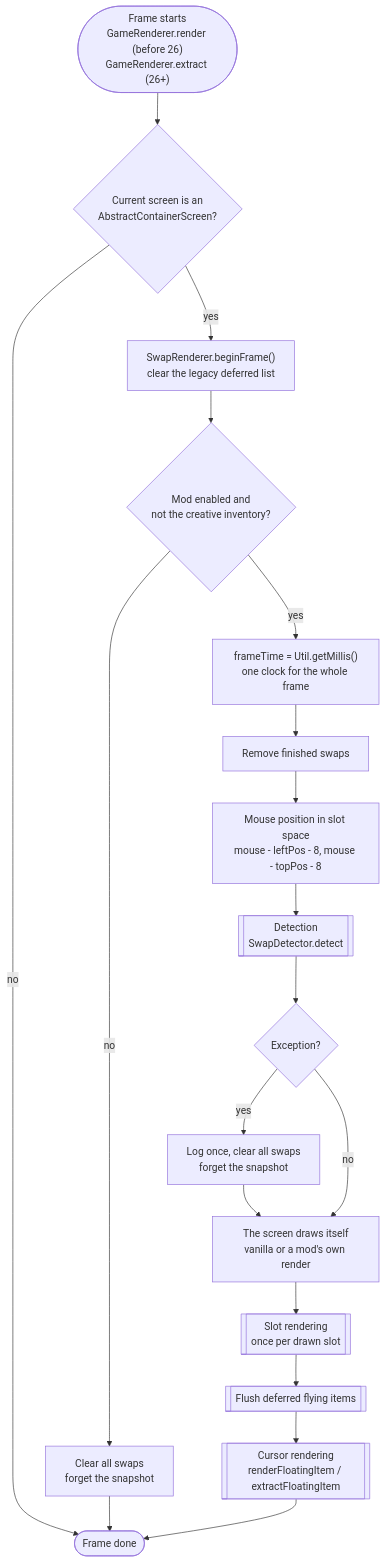
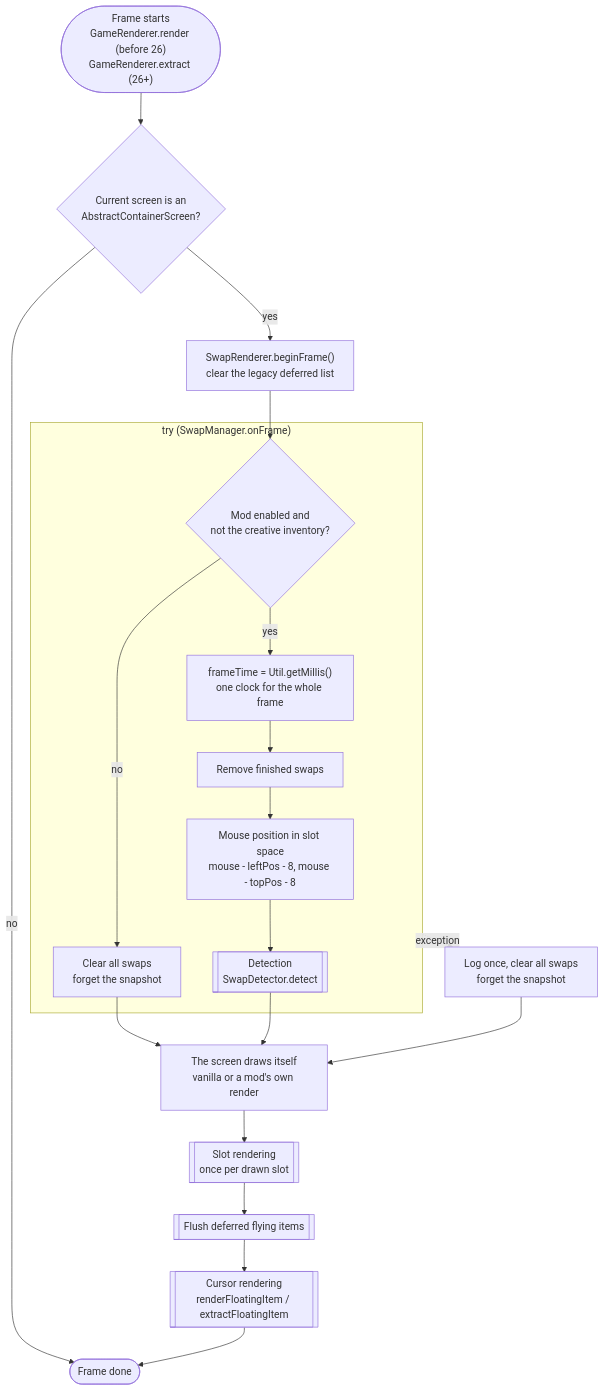
One commit to Schauweg/Smooth-Swapping changed the diagram in docs/flow.md. Above: the diagram before and after it, drawn with Mermaid. The commit also changed other lines of this file, not shown here.

Commit message:
update flowchart of general mod functionality

````diff
--- a/docs/flow.md
+++ b/docs/flow.md
@@ -8,30 +8,30 @@
 ```mermaid
 flowchart TD
     start(["Frame starts<br/>GameRenderer.render (before 26)<br/>GameRenderer.extract (26+)"])
     isContainer{"Current screen is an<br/>AbstractContainerScreen?"}
     beginFrame["SwapRenderer.beginFrame()<br/>clear the legacy deferred list"]
-    enabled{"Mod enabled and<br/>not the creative inventory?"}
-    resetOff["Clear all swaps<br/>forget the snapshot"]
-    frameTime["frameTime = Util.getMillis()<br/>one clock for the whole frame"]
-    removeFinished["Remove finished swaps"]
-    mouse["Mouse position in slot space<br/>mouse - leftPos - 8, mouse - topPos - 8"]
-    detect[["Detection<br/>SwapDetector.detect"]]
-    error{"Exception?"}
+
+    subgraph guarded ["try (SwapManager.onFrame)"]
+        enabled{"Mod enabled and<br/>not the creative inventory?"}
+        resetOff["Clear all swaps<br/>forget the snapshot"]
+        frameTime["frameTime = Util.getMillis()<br/>one clock for the whole frame"]
+        removeFinished["Remove finished swaps"]
+        mouse["Mouse position in slot space<br/>mouse - leftPos - 8, mouse - topPos - 8"]
+        detect[["Detection<br/>SwapDetector.detect"]]
+    end
+
     resetError["Log once, clear all swaps<br/>forget the snapshot"]
     screen["The screen draws itself<br/>vanilla or a mod's own render"]
     slots[["Slot rendering<br/>once per drawn slot"]]
     flush[["Flush deferred flying items"]]
     cursor[["Cursor rendering<br/>renderFloatingItem / extractFloatingItem"]]
     finish(["Frame done"])
 
     start --> isContainer
     isContainer -- no --> finish
-    isContainer -- yes --> beginFrame
-    beginFrame --> enabled
-    enabled -- no --> resetOff --> finish
-    enabled -- yes --> frameTime --> removeFinished --> mouse --> detect
-    detect --> error
-    error -- yes --> resetError --> screen
-    error -- no --> screen
+    isContainer -- yes --> beginFrame --> enabled
+    enabled -- no --> resetOff --> screen
+    enabled -- yes --> frameTime --> removeFinished --> mouse --> detect --> screen
+    guarded -. exception .-> resetError --> screen
     screen --> slots --> flush --> cursor --> finish
 ```
````
